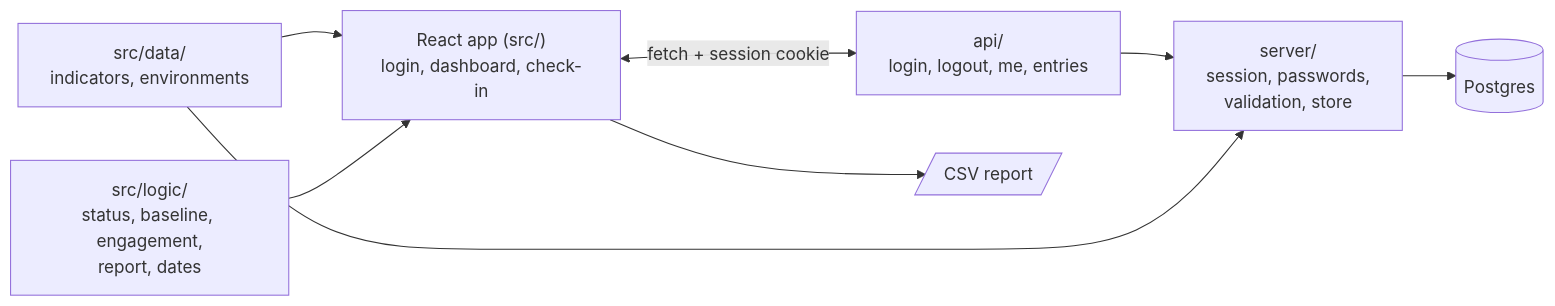
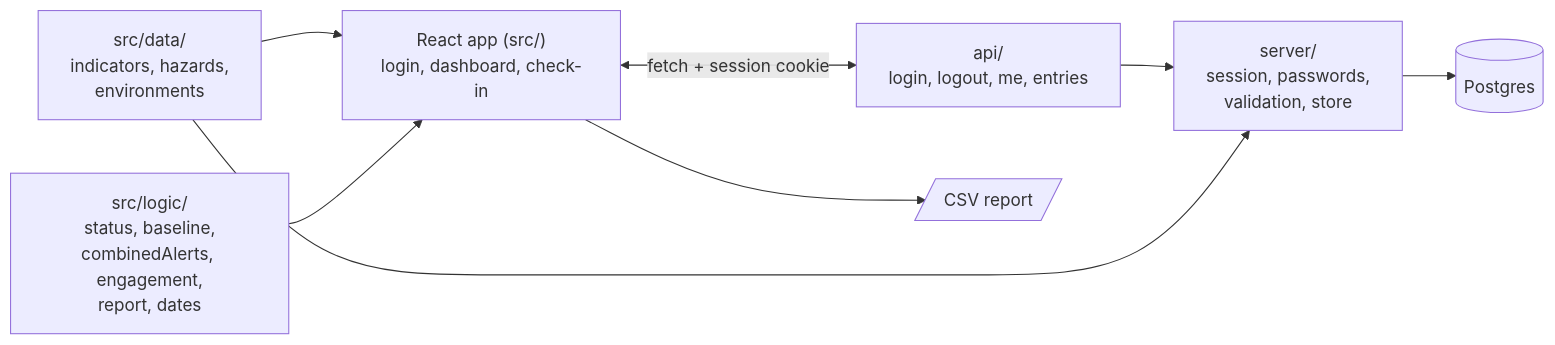
The diagram in README.md (arthursouto09/Health-Monitoring-Software), drawn with Mermaid before and after one commit. The commit also changed other lines of this file and 1 other file, not shown here.

````diff
--- a/README.md
+++ b/README.md
@@ -126,10 +180,10 @@
 ```mermaid
 flowchart LR
-    DATA["src/data/<br/>indicators, environments"] --> UI["React app (src/)<br/>login, dashboard, check-in"]
-    LOGIC["src/logic/<br/>status, baseline, engagement,<br/>report, dates"] --> UI
+    DATA["src/data/<br/>indicators, hazards,<br/>environments"] --> UI["React app (src/)<br/>login, dashboard, check-in"]
+    LOGIC["src/logic/<br/>status, baseline,<br/>combinedAlerts, engagement,<br/>report, dates"] --> UI
     UI <-- "fetch + session cookie" --> API["api/<br/>login, logout, me, entries"]
     API --> SERVER["server/<br/>session, passwords,<br/>validation, store"]
     DATA --> SERVER
     SERVER --> DB[("Postgres")]
     UI --> CSV[/"CSV report"/]
 ```
````
